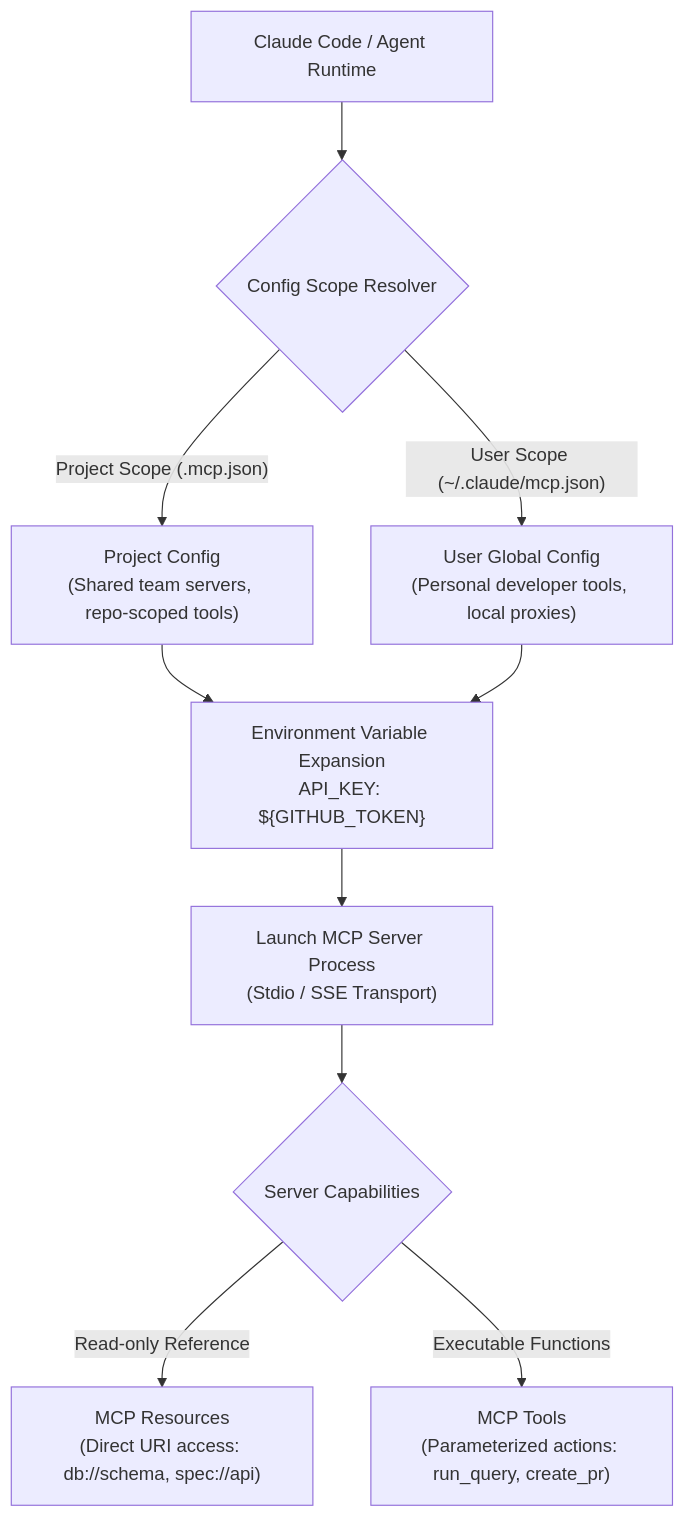
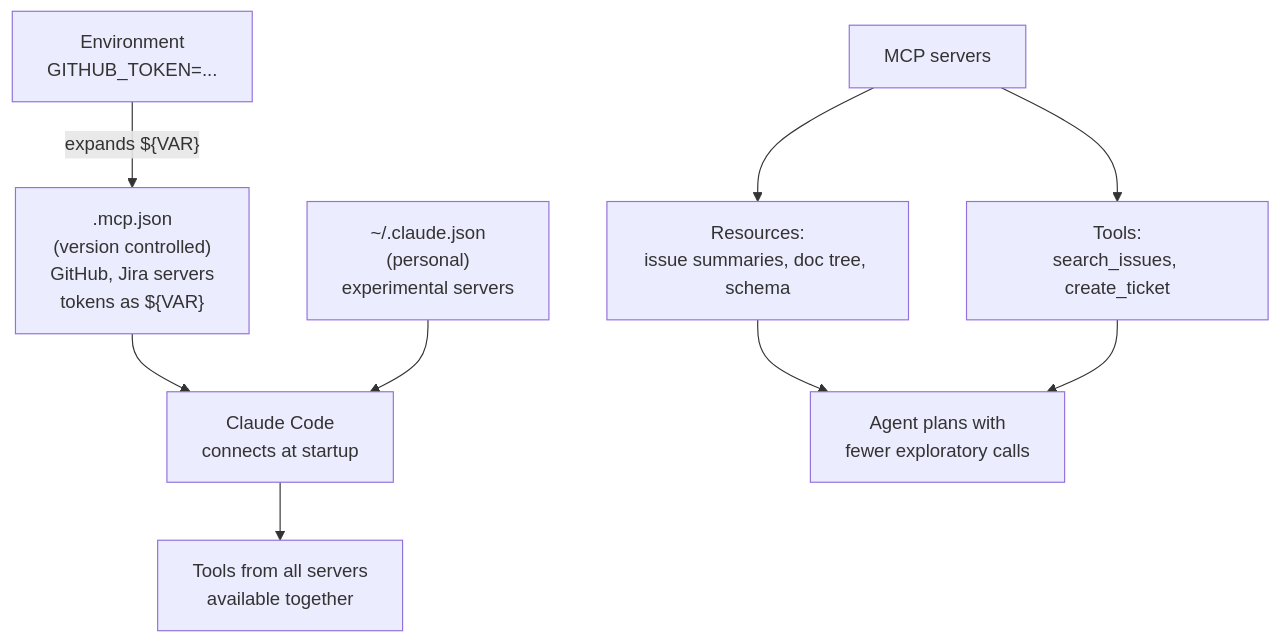
Before and after one commit to dip4k/claude_cert_architect_foundation_prep: the diagram in domain2/ts_2_4_mcp_server_integration/README.md, drawn with Mermaid. The commit also changed other lines of this file and 133 other files, not shown here.

````diff
--- a/domain2/ts_2_4_mcp_server_integration/README.md
+++ b/domain2/ts_2_4_mcp_server_integration/README.md
@@ -72,16 +83,11 @@
 ```mermaid
 flowchart TD
-    Client["Claude Code / Agent Runtime"] --> Scopes{"Config Scope Resolver"}
-    
-    Scopes -->|"Project Scope (.mcp.json)"| ProjConfig["Project Config<br>(Shared team servers, repo-scoped tools)"]
-    Scopes -->|"User Scope (~/.claude/mcp.json)"| UserConfig["User Global Config<br>(Personal developer tools, local proxies)"]
-    
-    ProjConfig --> EnvExpand["Environment Variable Expansion<br>API_KEY: ${GITHUB_TOKEN}"]
-    UserConfig --> EnvExpand
-    
-    EnvExpand --> MCPLaunch["Launch MCP Server Process<br>(Stdio / SSE Transport)"]
-    
-    MCPLaunch --> Capabilities{"Server Capabilities"}
-    Capabilities -->|"Read-only Reference"| Resources["MCP Resources<br>(Direct URI access: db://schema, spec://api)"]
-    Capabilities -->|"Executable Functions"| Tools["MCP Tools<br>(Parameterized actions: run_query, create_pr)"]
+    Repo[".mcp.json<br>(version controlled)<br>GitHub, Jira servers<br>tokens as ${VAR}"] --> Claude["Claude Code<br>connects at startup"]
+    User["~/.claude.json<br>(personal)<br>experimental servers"] --> Claude
+    Env["Environment<br>GITHUB_TOKEN=..."] -->|"expands ${VAR}"| Repo
+    Claude --> All["Tools from all servers<br>available together"]
+    Servers["MCP servers"] --> Res["Resources:<br>issue summaries, doc tree, schema"]
+    Servers --> Tools["Tools:<br>search_issues, create_ticket"]
+    Res --> Agent["Agent plans with<br>fewer exploratory calls"]
+    Tools --> Agent
 ```
````
